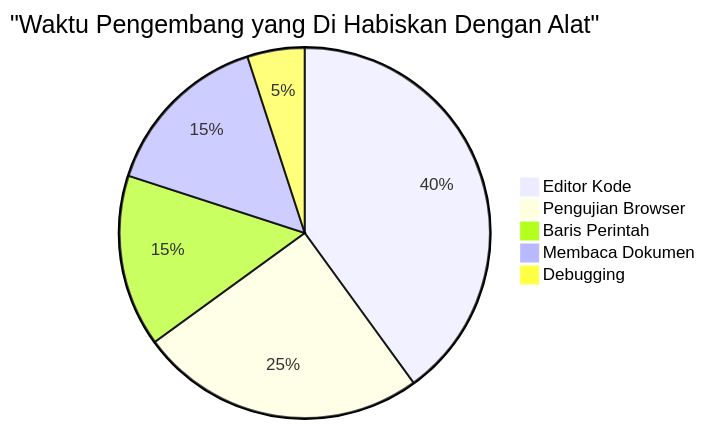
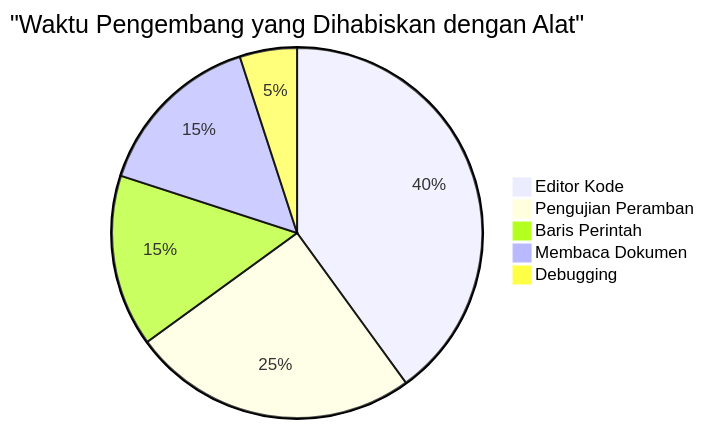
The sixth of 7 diagrams in translations/id/1-getting-started-lessons/1-intro-to-programming-languages/README.md (microsoft/Web-Dev-For-Beginners), drawn with Mermaid before and after one commit. The commit also changed other lines of this file and 8 other files, not shown here.

````diff
--- a/translations/id/1-getting-started-lessons/1-intro-to-programming-languages/README.md
+++ b/translations/id/1-getting-started-lessons/1-intro-to-programming-languages/README.md
@@ -712,8 +711,8 @@
 ```mermaid
-pie title "Waktu Pengembang yang Di Habiskan Dengan Alat"
+pie title "Waktu Pengembang yang Dihabiskan dengan Alat"
     "Editor Kode" : 40
-    "Pengujian Browser" : 25
+    "Pengujian Peramban" : 25
     "Baris Perintah" : 15
     "Membaca Dokumen" : 15
     "Debugging" : 5
 ```
````
